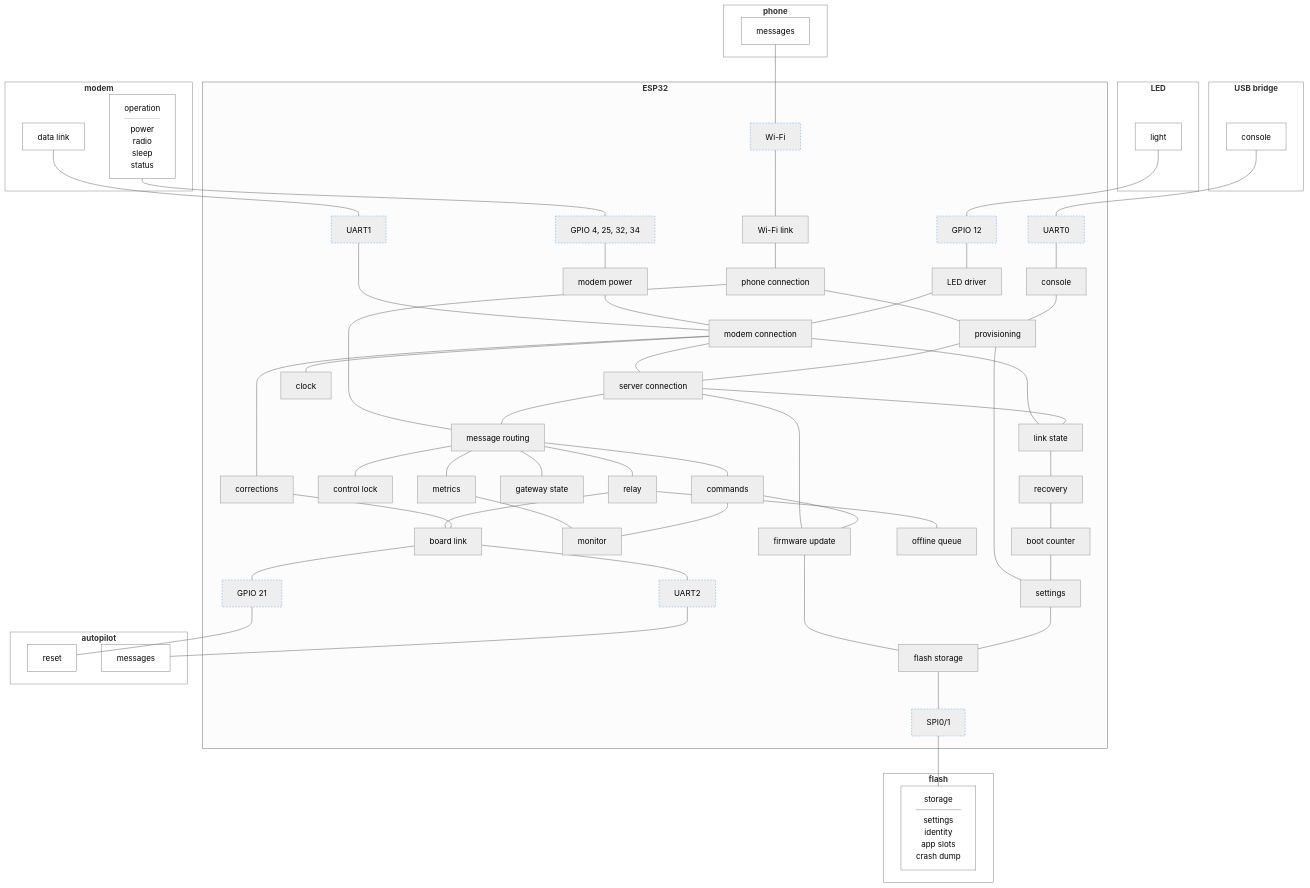
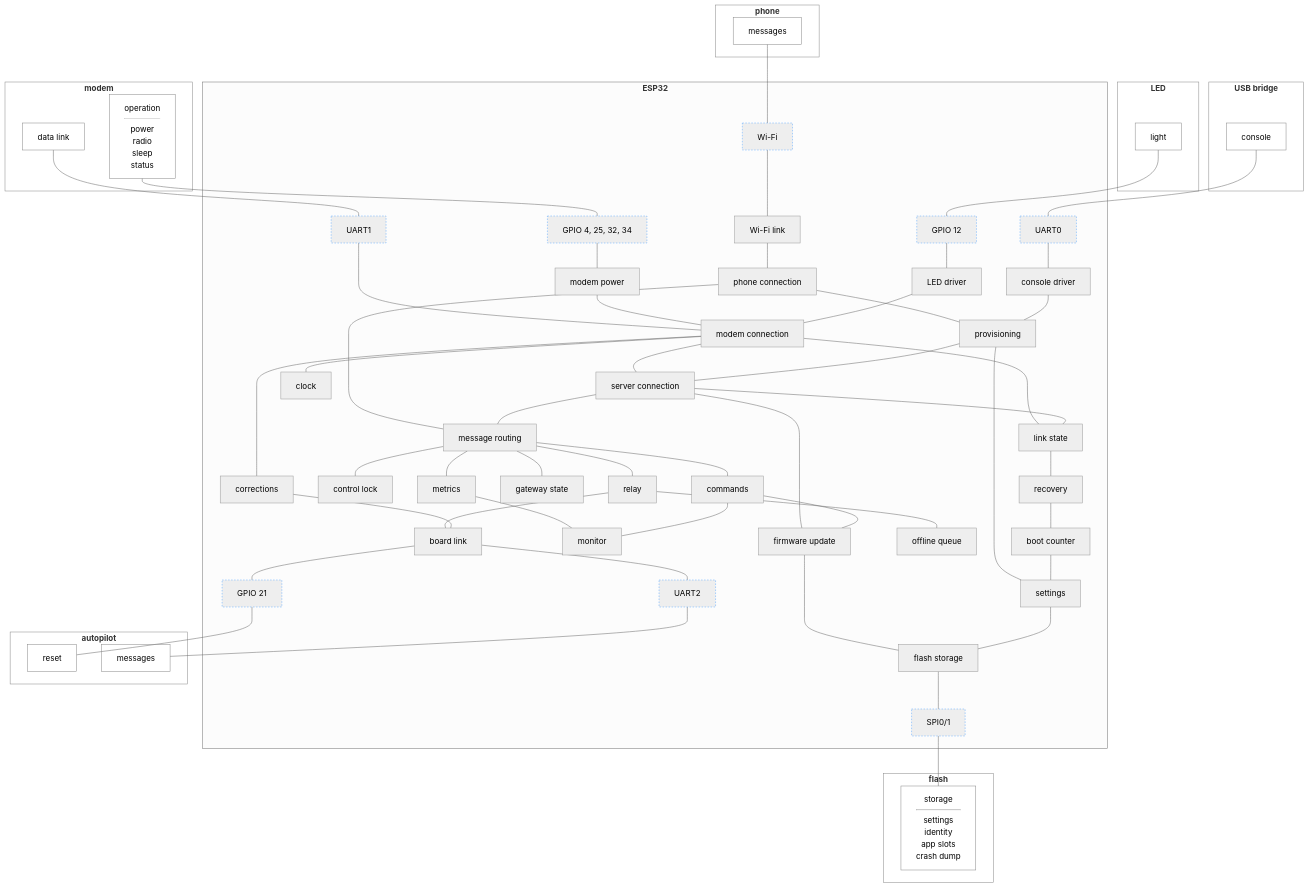
Before and after one commit to rmx-lt/rmx-mower-gateway: the diagram in .esp-architecture/diagrams/block-draft.md, drawn with Mermaid (neutral theme). The commit also changed 1 other file, not shown here.

Commit message:
Draft: console driver

```diff
--- a/.esp-architecture/diagrams/block-draft.md
+++ b/.esp-architecture/diagrams/block-draft.md
@@ -28,7 +28,7 @@
     pwr["modem power"]
     ledd["LED driver"]
     wl["Wi-Fi link"]
-    con["console"]
+    con["console driver"]
     ntrip["corrections"]
     mqtt["server connection"]
     phc["phone connection"]
```
